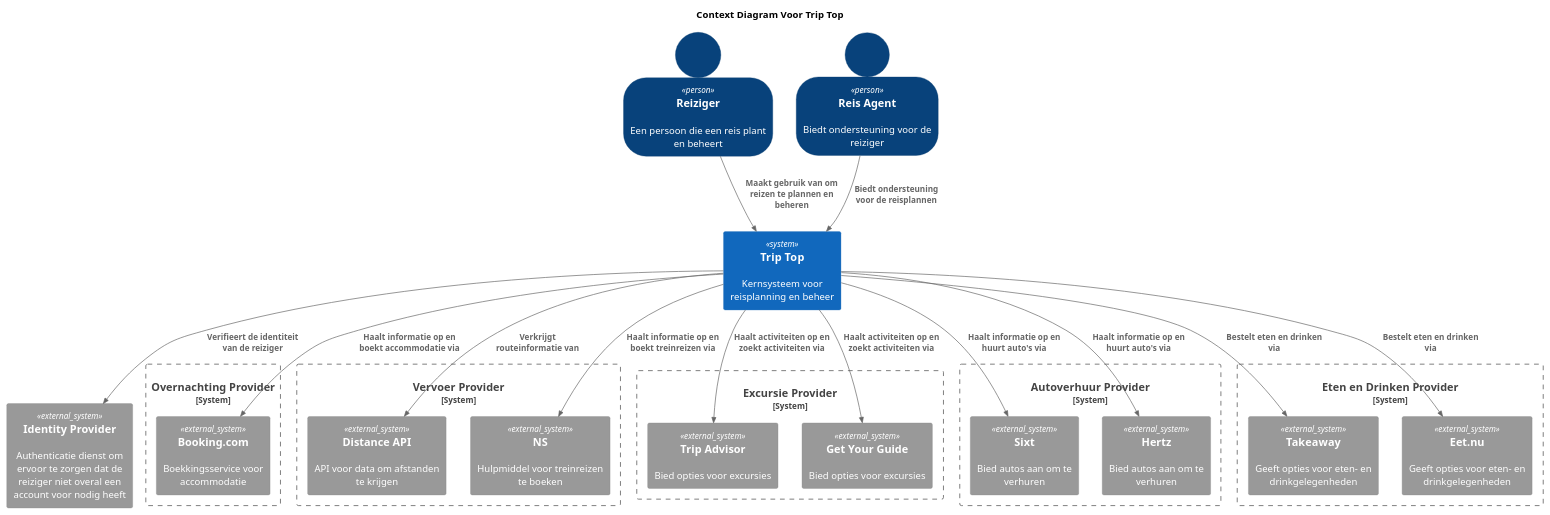
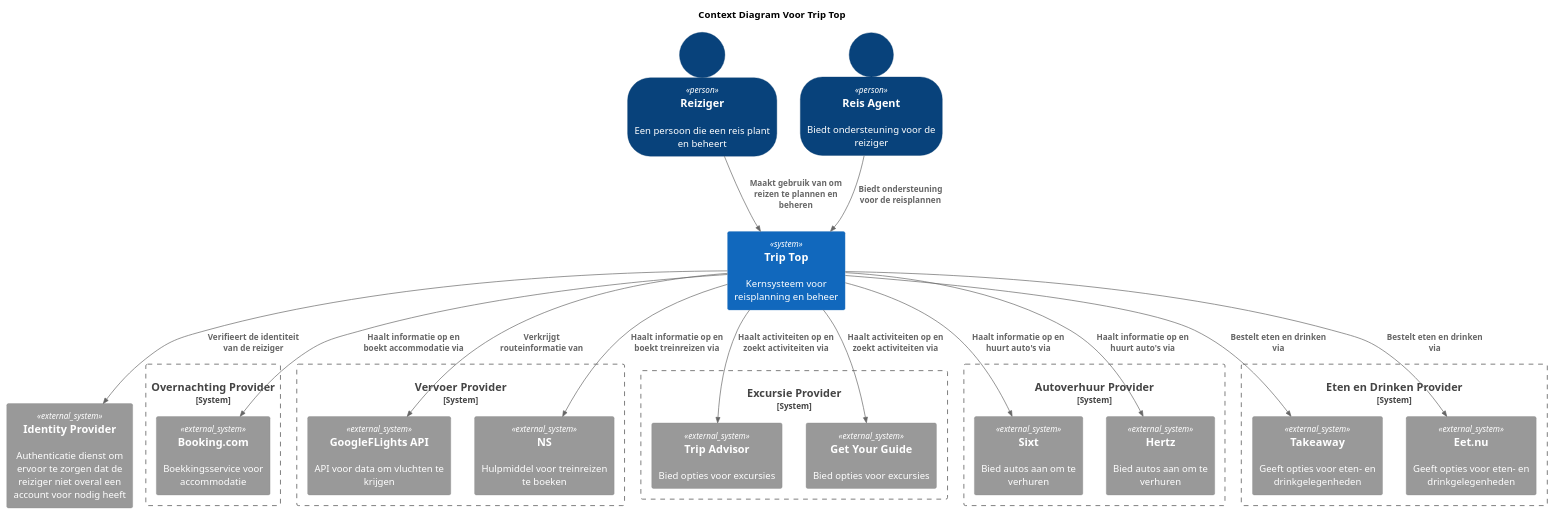
Before and after one commit to AIM-ENE-feb25/triptop-sqr-tech: the diagram in W1 en W2/Presentatie W2/ContextDiagrams/GroepsContextDiagram.puml, drawn with PlantUML. The commit also changed 8 other files, not shown here.

```diff
--- a/W1 en W2/Presentatie W2/ContextDiagrams/GroepsContextDiagram.puml
+++ b/W1 en W2/Presentatie W2/ContextDiagrams/GroepsContextDiagram.puml
@@ -1,51 +1,51 @@
 @startuml
 !include https://raw.githubusercontent.com/plantuml-stdlib/C4-PlantUML/master/C4_Context.puml
 SHOW_PERSON_OUTLINE()
 
 title Context Diagram Voor Trip Top
 
 Person(reiziger, "Reiziger", "Een persoon die een reis plant en beheert")
 Person(reisA, "Reis Agent", "Biedt ondersteuning voor de reiziger")
 
 System(tts, "Trip Top", "Kernsysteem voor reisplanning en beheer")
 
 System_Boundary(accommodatie, "Overnachting Provider") {
     System_Ext(bookingCom, "Booking.com", "Boekkingsservice voor accommodatie")
 }
 
 System_Boundary(vervoer, "Vervoer Provider") {
-    System_Ext(dapi, "Distance API", "API voor data om afstanden te krijgen")
+    System_Ext(dapi, "GoogleFLights API", "API voor data om vluchten te krijgen")
     System_Ext(ns, "NS", "Hulpmiddel voor treinreizen te boeken")
 }
 
 System_Boundary(exc, "Excursie Provider") {
     System_Ext(tripAdvisor, "Trip Advisor", "Bied opties voor excursies")
     System_Ext(gyg, "Get Your Guide", "Bied opties voor excursies")
 }
 
 System_Boundary(autoVerhuur, "Autoverhuur Provider") {
     System_Ext(sixt, "Sixt", "Bied autos aan om te verhuren")
     System_Ext(hertz, "Hertz", "Bied autos aan om te verhuren")
 }
 
 System_Boundary(eNd, "Eten en Drinken Provider") {
     System_Ext(takeaway, "Takeaway", "Geeft opties voor eten- en drinkgelegenheden")
     System_Ext(eet.nu, "Eet.nu", "Geeft opties voor eten- en drinkgelegenheden")
 }
 
 System_Ext(ip, "Identity Provider", "Authenticatie dienst om ervoor te zorgen dat de reiziger niet overal een account voor nodig heeft")
 
 Rel(reiziger, tts, "Maakt gebruik van om reizen te plannen en beheren")
 Rel(reisA, tts, "Biedt ondersteuning voor de reisplannen")
 Rel(tts, bookingCom, "Haalt informatie op en boekt accommodatie via")
 Rel(tts, dapi, "Verkrijgt routeinformatie van")
 Rel(tts, ns, "Haalt informatie op en boekt treinreizen via")
 Rel(tts, ip, "Verifieert de identiteit van de reiziger")
 Rel(tts, tripAdvisor, "Haalt activiteiten op en zoekt activiteiten via")
 Rel(tts, gyg, "Haalt activiteiten op en zoekt activiteiten via")
 Rel(tts, sixt, "Haalt informatie op en huurt auto's via")
 Rel(tts, hertz, "Haalt informatie op en huurt auto's via")
 Rel(tts, takeaway, "Bestelt eten en drinken via")
 Rel(tts, eet.nu, "Bestelt eten en drinken via")
 
 @enduml
```
